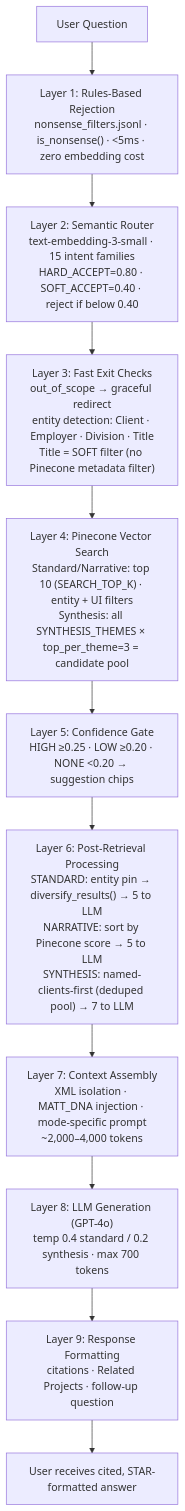
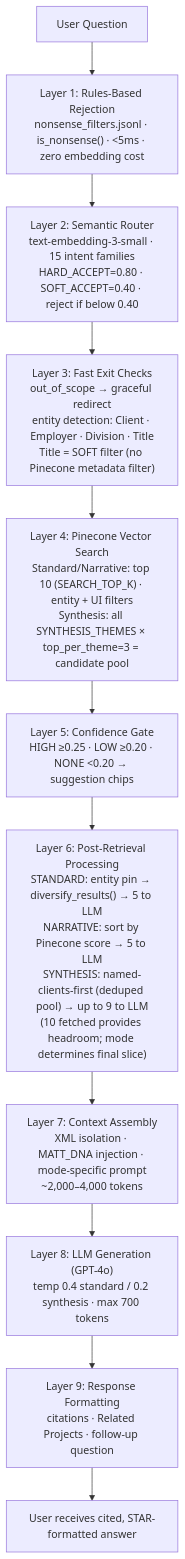
One commit to mcpugmire1/mattgpt-design-spec changed the second of 2 diagrams in docs/02-technical-architecture.md. Above: the diagram before and after it, drawn with Mermaid. The commit also changed 4 other files, not shown here.

```diff
--- a/docs/02-technical-architecture.md
+++ b/docs/02-technical-architecture.md
@@ -147,14 +147,14 @@
 <div class="mermaid">
 graph TD
     Q["User Question"] --> L1
     L1["Layer 1: Rules-Based Rejection<br/>nonsense_filters.jsonl · is_nonsense() · &lt;5ms · zero embedding cost"] --> L2
     L2["Layer 2: Semantic Router<br/>text-embedding-3-small · 15 intent families<br/>HARD_ACCEPT=0.80 · SOFT_ACCEPT=0.40 · reject if below 0.40"] --> L3
     L3["Layer 3: Fast Exit Checks<br/>out_of_scope → graceful redirect<br/>entity detection: Client · Employer · Division · Title<br/>Title = SOFT filter (no Pinecone metadata filter)"] --> L4
     L4["Layer 4: Pinecone Vector Search<br/>Standard/Narrative: top 10 (SEARCH_TOP_K) · entity + UI filters<br/>Synthesis: all SYNTHESIS_THEMES × top_per_theme=3 = candidate pool"] --> L5
     L5["Layer 5: Confidence Gate<br/>HIGH ≥0.25 · LOW ≥0.20 · NONE &lt;0.20 → suggestion chips"] --> L6
-    L6["Layer 6: Post-Retrieval Processing<br/>STANDARD: entity pin → diversify_results() → 5 to LLM<br/>NARRATIVE: sort by Pinecone score → 5 to LLM<br/>SYNTHESIS: named-clients-first (deduped pool) → 7 to LLM"] --> L7
+    L6["Layer 6: Post-Retrieval Processing<br/>STANDARD: entity pin → diversify_results() → 5 to LLM<br/>NARRATIVE: sort by Pinecone score → 5 to LLM<br/>SYNTHESIS: named-clients-first (deduped pool) → up to 9 to LLM<br/>(10 fetched provides headroom; mode determines final slice)"] --> L7
     L7["Layer 7: Context Assembly<br/>XML isolation · MATT_DNA injection · mode-specific prompt<br/>~2,000–4,000 tokens"] --> L8
     L8["Layer 8: LLM Generation (GPT-4o)<br/>temp 0.4 standard / 0.2 synthesis · max 700 tokens"] --> L9
     L9["Layer 9: Response Formatting<br/>citations · Related Projects · follow-up question"]
     L9 --> R["User receives cited, STAR-formatted answer"]
 </div>
```
